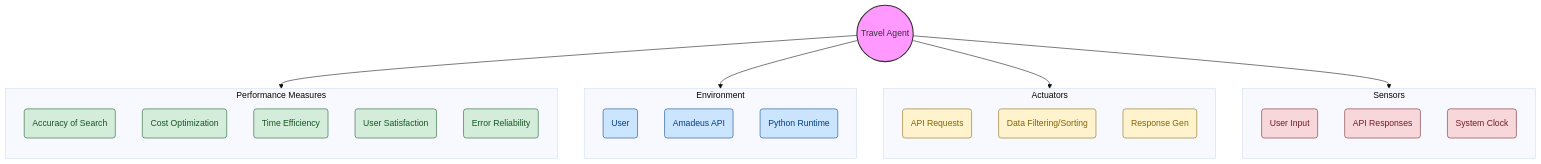
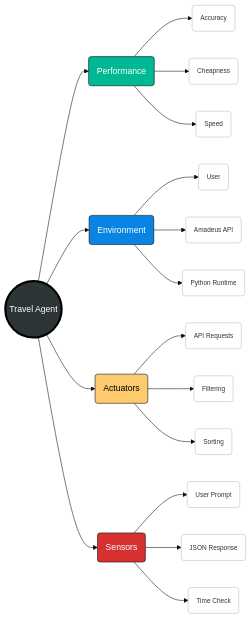
One commit to aman-sawarn/TravelAgent changed the diagram in docs/PEAS_DIAGRAM.md. Above: the diagram before and after it, drawn with Mermaid (base theme). The commit also changed 1 other file, not shown here.

Commit message:
docs: Redesign PEAS diagram to a radial/star layout with updated styling and simplified labels.

````diff
--- a/docs/PEAS_DIAGRAM.md
+++ b/docs/PEAS_DIAGRAM.md
@@ -11,45 +11,41 @@
 ```mermaid
-graph TD
-    classDef main fill:#f9f,stroke:#333,stroke-width:2px;
-    classDef perf fill:#d4edda,stroke:#155724,stroke-width:1px,color:#155724;
-    classDef env fill:#cce5ff,stroke:#004085,stroke-width:1px,color:#004085;
-    classDef act fill:#fff3cd,stroke:#856404,stroke-width:1px,color:#856404;
-    classDef sens fill:#f8d7da,stroke:#721c24,stroke-width:1px,color:#721c24;
+graph LR
+    %% Star Format / Radial Tree
+    
+    %% Styles
+    classDef hub fill:#2d3436,stroke:#000,stroke-width:4px,color:#fff,font-size:16px;
+    classDef perf fill:#00b894,stroke:#000,stroke-width:1px,color:#fff;
+    classDef env fill:#0984e3,stroke:#000,stroke-width:1px,color:#fff;
+    classDef act fill:#fdcb6e,stroke:#000,stroke-width:1px,color:#000;
+    classDef sens fill:#d63031,stroke:#000,stroke-width:1px,color:#fff;
+    classDef item fill:#fff,stroke:#b2bec3,stroke-width:1px,color:#2d3436,font-size:12px;
 
-    TA((Travel Agent)):::main
+    %% Central Hub
+    TA((Travel Agent)):::hub
 
-    subgraph Performance [Performance Measures]
-        direction TB
-        P1(Accuracy of Search):::perf
-        P2(Cost Optimization):::perf
-        P3(Time Efficiency):::perf
-        P4(User Satisfaction):::perf
-        P5(Error Reliability):::perf
-    end
+    %% Branches
+    TA --> Perf(Performance):::perf
+    TA --> Env(Environment):::env
+    TA --> Act(Actuators):::act
+    TA --> Sens(Sensors):::sens
 
-    subgraph Environment [Environment]
-        direction TB
-        E1(User):::env
-        E2(Amadeus API):::env
-        E3(Python Runtime):::env
-    end
+    %% Performance Details
+    Perf --> P1(Accuracy):::item
+    Perf --> P2(Cheapness):::item
+    Perf --> P3(Speed):::item
     
-    subgraph Actuators [Actuators]
-        direction TB
-        A1(API Requests):::act
-        A2(Data Filtering/Sorting):::act
-        A3(Response Gen):::act
-    end
+    %% Environment Details
+    Env --> E1(User):::item
+    Env --> E2(Amadeus API):::item
+    Env --> E3(Python Runtime):::item
 
-    subgraph Sensors [Sensors]
-        direction TB
-        S1(User Input):::sens
-        S2(API Responses):::sens
-        S3(System Clock):::sens
-    end
+    %% Actuator Details
+    Act --> A1(API Requests):::item
+    Act --> A2(Filtering):::item
+    Act --> A3(Sorting):::item
 
-    TA --> Performance
-    TA --> Environment
-    TA --> Actuators
-    TA --> Sensors
+    %% Sensor Details
+    Sens --> S1(User Prompt):::item
+    Sens --> S2(JSON Response):::item
+    Sens --> S3(Time Check):::item
 ```
````
